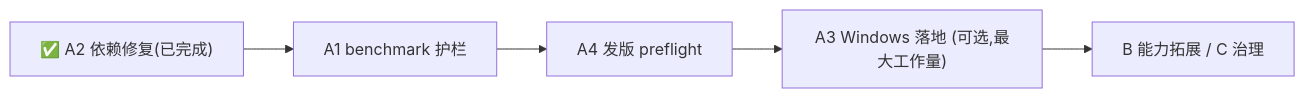
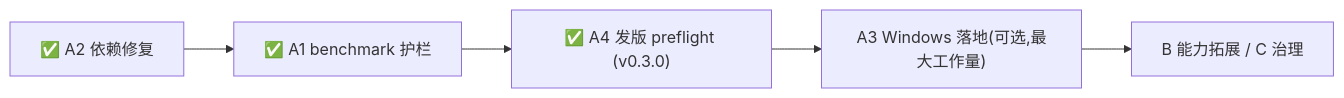
One commit to quintin-lee/clogx changed the second of 2 diagrams in docs/ROADMAP.md. Above: the diagram before and after it, drawn with Mermaid. The commit also changed other lines of this file and 3 other files, not shown here.

First line of the commit message:
docs: refresh docs for v0.3.0, benchmark baseline, and Windows status

````diff
--- a/docs/ROADMAP.md
+++ b/docs/ROADMAP.md
@@ -86,7 +87,7 @@
 ```mermaid
 flowchart LR
-    A2["✅ A2 依赖修复(已完成)"] --> A1["A1 benchmark 护栏"]
-    A1 --> A4["A4 发版 preflight"]
-    A4 --> A3["A3 Windows 落地 (可选,最大工作量)"]
+    A2["✅ A2 依赖修复"] --> A1["✅ A1 benchmark 护栏"]
+    A1 --> A4["✅ A4 发版 preflight (v0.3.0)"]
+    A4 --> A3["A3 Windows 落地(可选,最大工作量)"]
     A3 --> B["B 能力拓展 / C 治理"]
 ```
````
